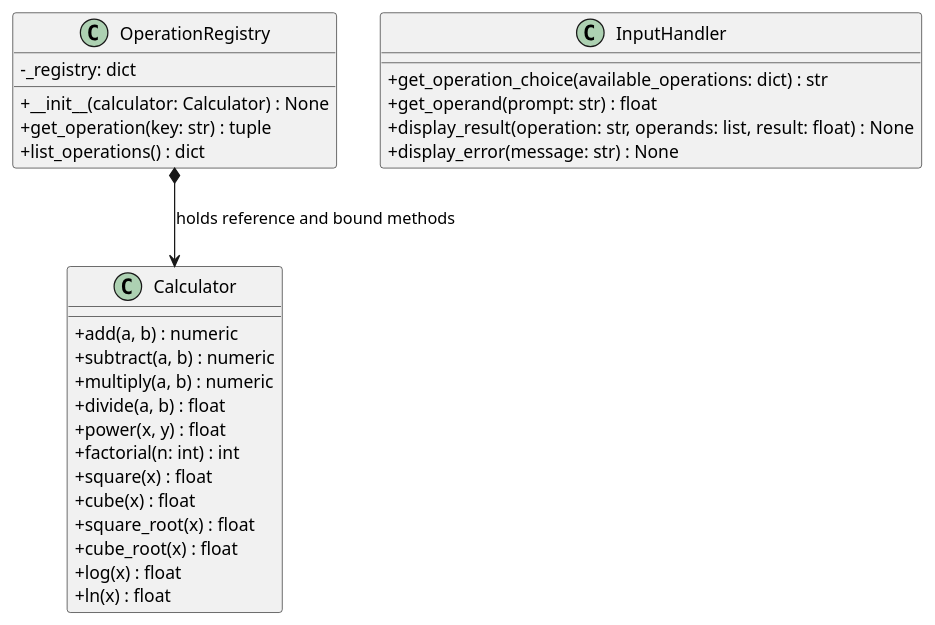
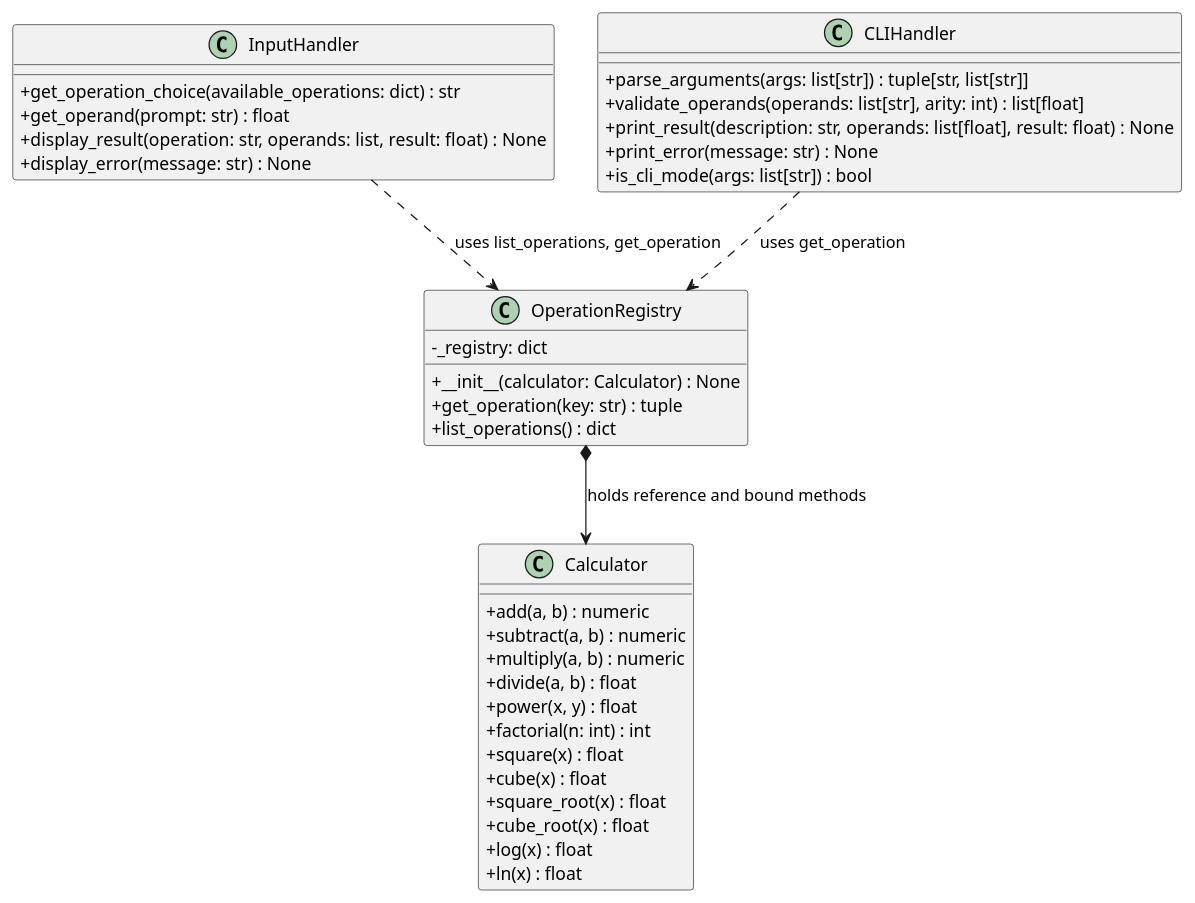
Before and after one commit to DanielRiha8906/Calculator_bachelor_autoevolution_team: the diagram in artifacts/class_diagram_calculator_io.puml, drawn with PlantUML. The commit also changed 3 other files, not shown here.

Commit message:
docs: add CLIHandler to diagrams and add CLI mode sequence diagram

```diff
--- a/artifacts/class_diagram_calculator_io.puml
+++ b/artifacts/class_diagram_calculator_io.puml
@@ -1,36 +1,46 @@
 @startuml class_diagram_calculator_io
 
 skinparam classAttributeIconSize 0
 
 class Calculator {
     +add(a, b) : numeric
     +subtract(a, b) : numeric
     +multiply(a, b) : numeric
     +divide(a, b) : float
     +power(x, y) : float
     +factorial(n: int) : int
     +square(x) : float
     +cube(x) : float
     +square_root(x) : float
     +cube_root(x) : float
     +log(x) : float
     +ln(x) : float
 }
 
 class InputHandler {
     +get_operation_choice(available_operations: dict) : str
     +get_operand(prompt: str) : float
     +display_result(operation: str, operands: list, result: float) : None
     +display_error(message: str) : None
 }
 
+class CLIHandler {
+    +parse_arguments(args: list[str]) : tuple[str, list[str]]
+    +validate_operands(operands: list[str], arity: int) : list[float]
+    +print_result(description: str, operands: list[float], result: float) : None
+    +print_error(message: str) : None
+    +is_cli_mode(args: list[str]) : bool
+}
+
 class OperationRegistry {
     -_registry: dict
     +__init__(calculator: Calculator) : None
     +get_operation(key: str) : tuple
     +list_operations() : dict
 }
 
 OperationRegistry *--> Calculator : holds reference and bound methods
+CLIHandler ..> OperationRegistry : uses get_operation
+InputHandler ..> OperationRegistry : uses list_operations, get_operation
 
 @enduml
```
